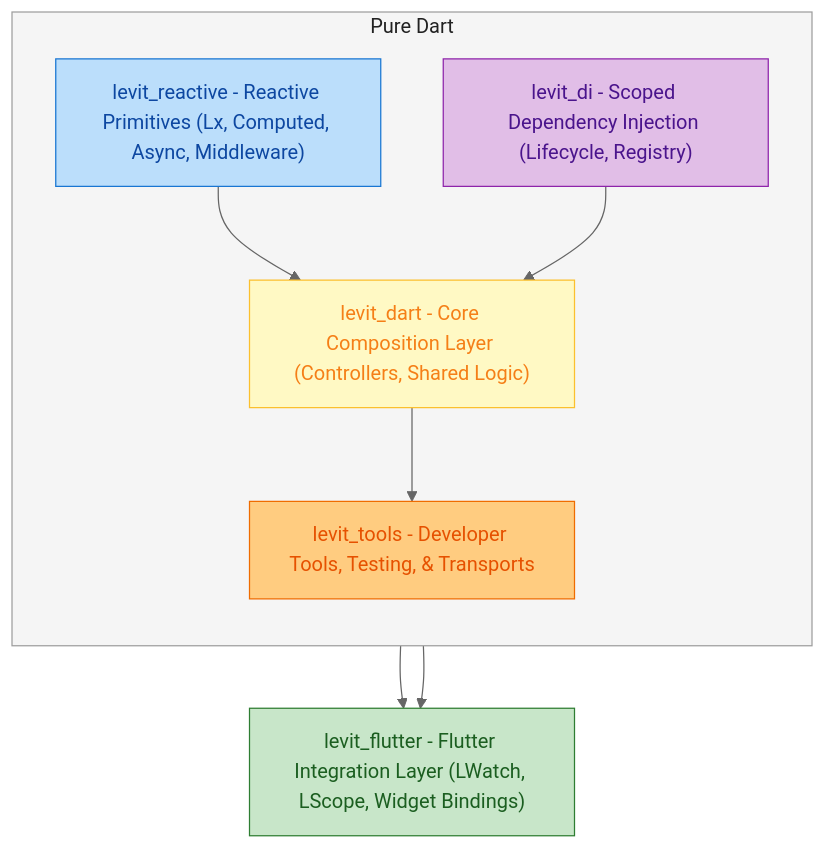
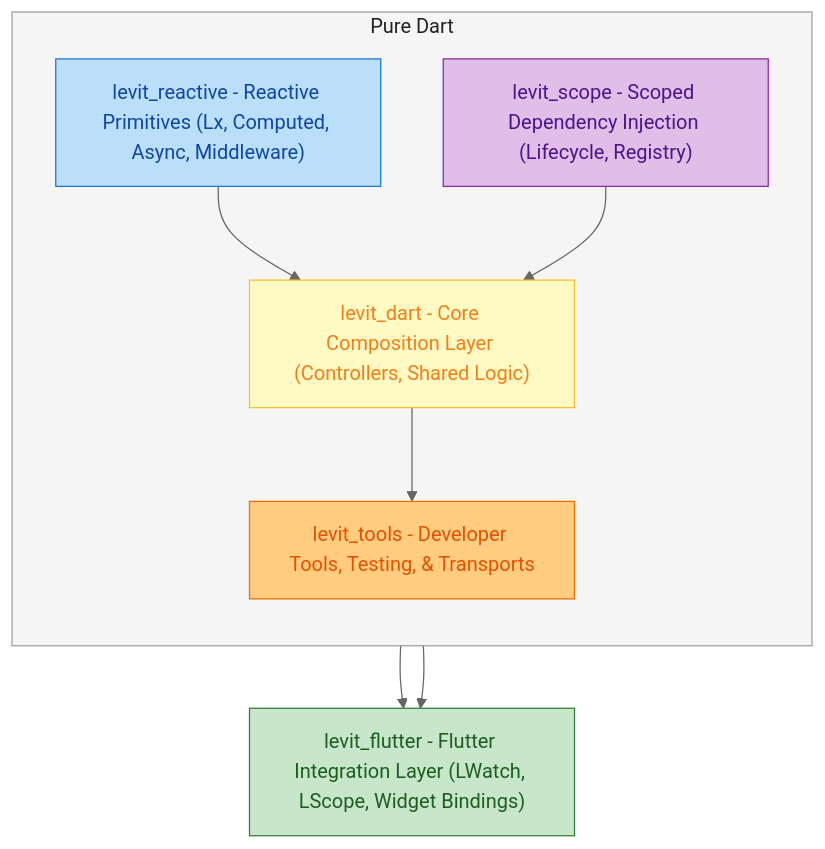
The second of 2 diagrams in README.md (atoumbre/levit), drawn with Mermaid (neutral theme) before and after one commit. The commit also changed other lines of this file and 56 other files, not shown here.

Commit message:
refactor: Migrate  from `levit_di` to new `levit_scope` package.

````diff
--- a/README.md
+++ b/README.md
@@ -180,25 +180,25 @@
 ```mermaid
 flowchart TB
   subgraph PureDart["Pure Dart "]
     direction TB
     Reactive["levit_reactive - Reactive Primitives (Lx, Computed, Async, Middleware)"]
-    DI["levit_di - Scoped Dependency Injection (Lifecycle, Registry)"]
+    DI["levit_scope - Scoped Dependency Injection (Lifecycle, Registry)"]
     Core["levit_dart - Core Composition Layer (Controllers, Shared Logic)"]
     Tools["levit_tools - Developer Tools, Testing, & Transports"]
   end
 
   Flutter["levit_flutter - Flutter Integration Layer (LWatch, LScope, Widget Bindings)"]
 
   Reactive --> Core
   DI --> Core
   Core --> Flutter
   Core --> Tools
   Tools --> Flutter
 
   style PureDart fill:#F5F5F5,stroke:#9E9E9E,color:#212121
   style Reactive fill:#BBDEFB,stroke:#1976D2,color:#0D47A1
   style DI fill:#E1BEE7,stroke:#8E24AA,color:#4A148C
   style Core fill:#FFF9C4,stroke:#FBC02D,color:#F57F17
   style Tools fill:#FFCC80,stroke:#EF6C00,color:#E65100
   style Flutter fill:#C8E6C9,stroke:#2E7D32,color:#1B5E20
 ```
````
